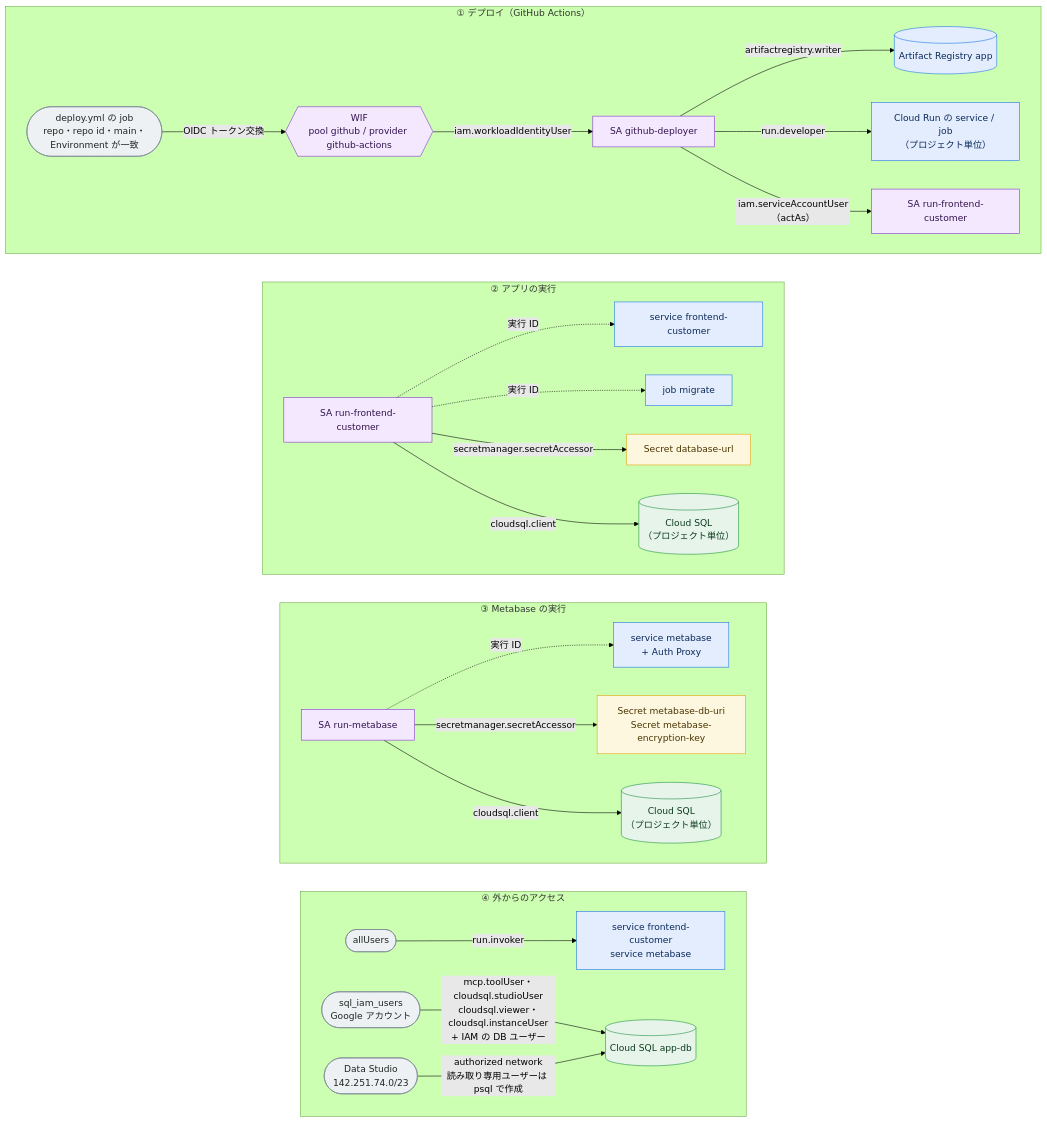
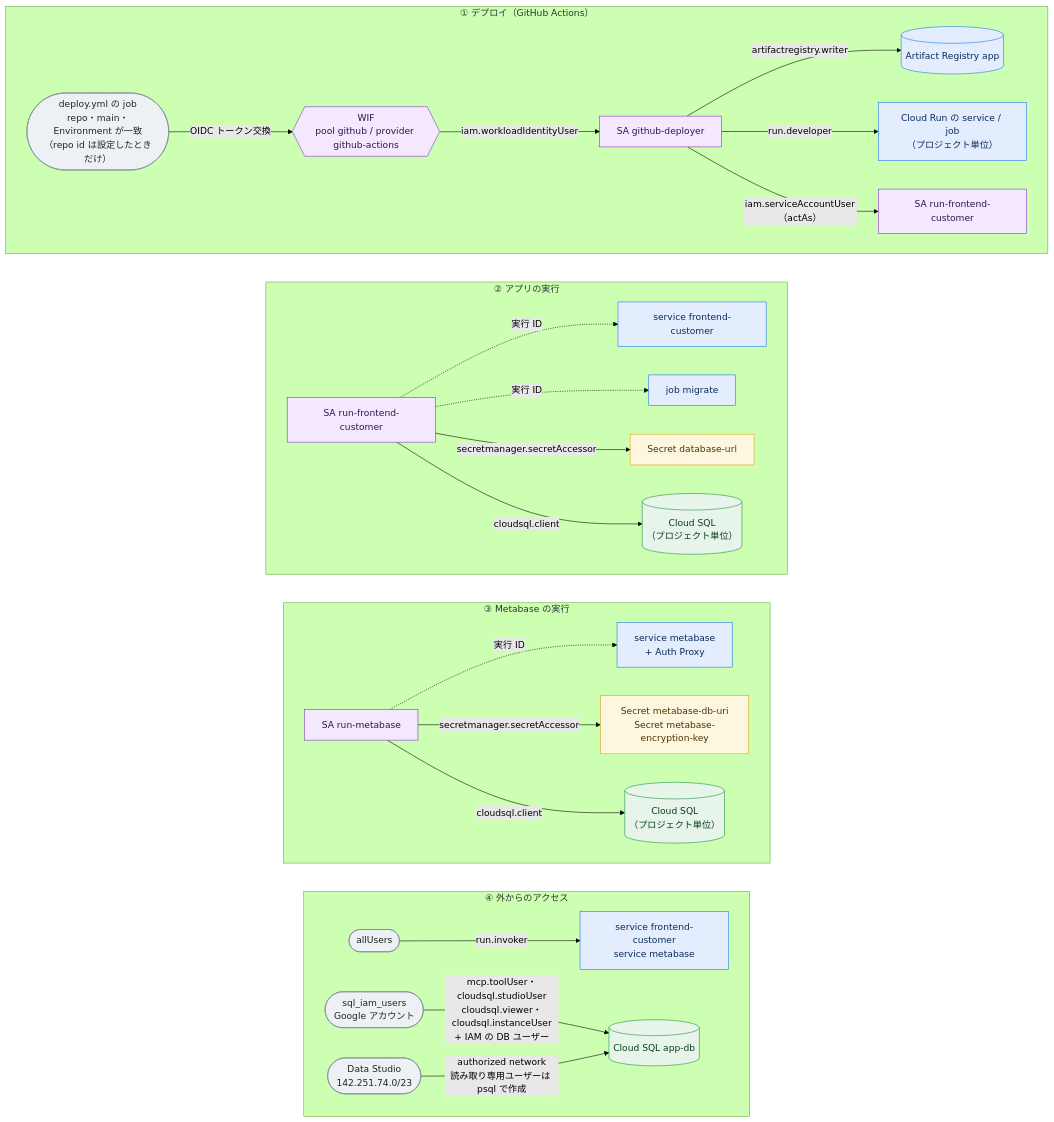
The diagram in docs/diagrams/iam.mmd (d-kanai/ai-only-template), drawn with Mermaid (forest theme) before and after one commit. The commit also changed 9 other files, not shown here.

First line of the commit message:
docs: reviewer の指摘で構成図の経路と render-diagrams のテストを直す

```diff
--- a/docs/diagrams/iam.mmd
+++ b/docs/diagrams/iam.mmd
@@ -1,59 +1,59 @@
 %% IAM（だれが・どの役割で・何に）。元: infra/modules/app/iam.tf・github_wif.tf・run.tf（作り直しはスキル infra-diagram）
 flowchart TB
   classDef who fill:#eef1f4,stroke:#7b8794,color:#1d2622
   classDef sa fill:#f3e8fd,stroke:#8430ce,color:#33134f
   classDef res fill:#e3edfd,stroke:#1a73e8,color:#0b2a5b
   classDef sec fill:#fef7e0,stroke:#e3a008,color:#4a3500
   classDef data fill:#e6f4ea,stroke:#1e8e3e,color:#0d3b1e
 
   subgraph L1["① デプロイ（GitHub Actions）"]
     direction LR
-    gh(["deploy.yml の job<br/>repo・repo id・main・Environment が一致"]):::who
+    gh(["deploy.yml の job<br/>repo・main・Environment が一致<br/>（repo id は設定したときだけ）"]):::who
     wif{{"WIF<br/>pool github / provider github-actions"}}:::sa
     deployer["SA github-deployer"]:::sa
     ar1[("Artifact Registry app")]:::res
     run1["Cloud Run の service / job<br/>（プロジェクト単位）"]:::res
     rc1["SA run-frontend-customer"]:::sa
     gh -- "OIDC トークン交換" --> wif
     wif -- "iam.workloadIdentityUser" --> deployer
     deployer -- "artifactregistry.writer" --> ar1
     deployer -- "run.developer" --> run1
     deployer -- "iam.serviceAccountUser（actAs）" --> rc1
   end
 
   subgraph L2["② アプリの実行"]
     direction LR
     rc["SA run-frontend-customer"]:::sa
     customer["service frontend-customer"]:::res
     migrate["job migrate"]:::res
     s1["Secret database-url"]:::sec
     sql2[("Cloud SQL<br/>（プロジェクト単位）")]:::data
     rc -. "実行 ID" .-> customer & migrate
     rc -- "secretmanager.secretAccessor" --> s1
     rc -- "cloudsql.client" --> sql2
   end
 
   subgraph L3["③ Metabase の実行"]
     direction LR
     rm["SA run-metabase"]:::sa
     metabase["service metabase<br/>+ Auth Proxy"]:::res
     s23["Secret metabase-db-uri<br/>Secret metabase-encryption-key"]:::sec
     sql3[("Cloud SQL<br/>（プロジェクト単位）")]:::data
     rm -. "実行 ID" .-> metabase
     rm -- "secretmanager.secretAccessor" --> s23
     rm -- "cloudsql.client" --> sql3
   end
 
   subgraph L4["④ 外からのアクセス"]
     direction LR
     anyone(["allUsers"]):::who
     pub["service frontend-customer<br/>service metabase"]:::res
     human(["sql_iam_users<br/>Google アカウント"]):::who
     sql4[("Cloud SQL app-db")]:::data
     dsw(["Data Studio<br/>142.251.74.0/23"]):::who
     anyone -- "run.invoker" --> pub
     human -- "mcp.toolUser・cloudsql.studioUser<br/>cloudsql.viewer・cloudsql.instanceUser<br/>+ IAM の DB ユーザー" --> sql4
     dsw -- "authorized network<br/>読み取り専用ユーザーは psql で作成" --> sql4
   end
 
   L1 ~~~ L2 ~~~ L3 ~~~ L4
```
